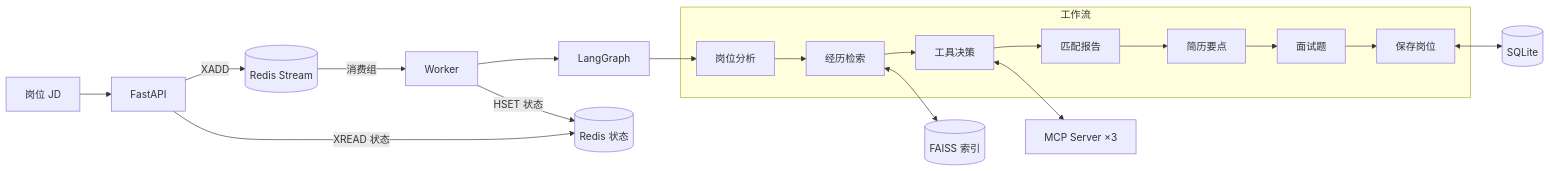
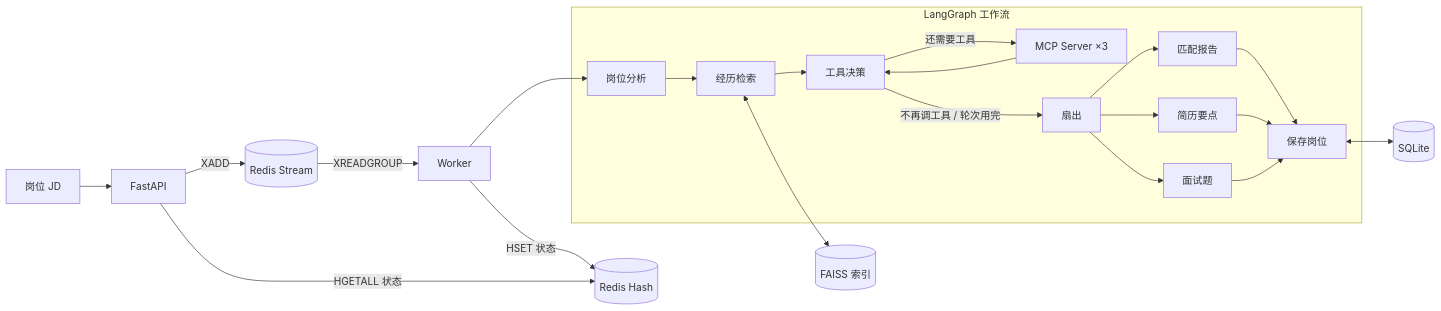
The diagram in README.md (hylv123/careerpilot-mcp-agent), drawn with Mermaid before and after one commit. The commit also changed other lines of this file and 8 other files, not shown here.

First line of the commit message:
docs: 注释与 README 对齐当前实现（耗时/阈值/架构图）

````diff
--- a/README.md
+++ b/README.md
@@ -40,18 +50,25 @@
 ```mermaid
 flowchart LR
     U[岗位 JD] --> API[FastAPI]
     API -->|XADD| Q[(Redis Stream)]
-    Q -->|消费组| W[Worker]
-    W --> A[LangGraph]
-    API -->|XREAD 状态| ST[(Redis 状态)]
-    W -->|HSET 状态| ST
+    Q -->|XREADGROUP| W[Worker]
+    W -->|HSET 状态| ST[(Redis Hash)]
+    API -->|HGETALL 状态| ST
 
-    subgraph G[工作流]
-        P[岗位分析] --> R[经历检索] --> T[工具决策] --> M[匹配报告] --> B[简历要点] --> QQ[面试题] --> SV[保存岗位]
+    subgraph G[LangGraph 工作流]
+        P[岗位分析] --> R[经历检索] --> A[工具决策]
+        A -->|还需要工具| MC[MCP Server ×3]
+        MC --> A
+        A -->|不再调工具 / 轮次用完| D[扇出]
+        D --> M[匹配报告]
+        D --> B[简历要点]
+        D --> QQ[面试题]
+        M --> SV[保存岗位]
+        B --> SV
+        QQ --> SV
     end
 
-    A --> P
+    W --> P
     R <--> K[(FAISS 索引)]
-    T <--> MC[MCP Server ×3]
     SV <--> DB[(SQLite)]
 ```
````
